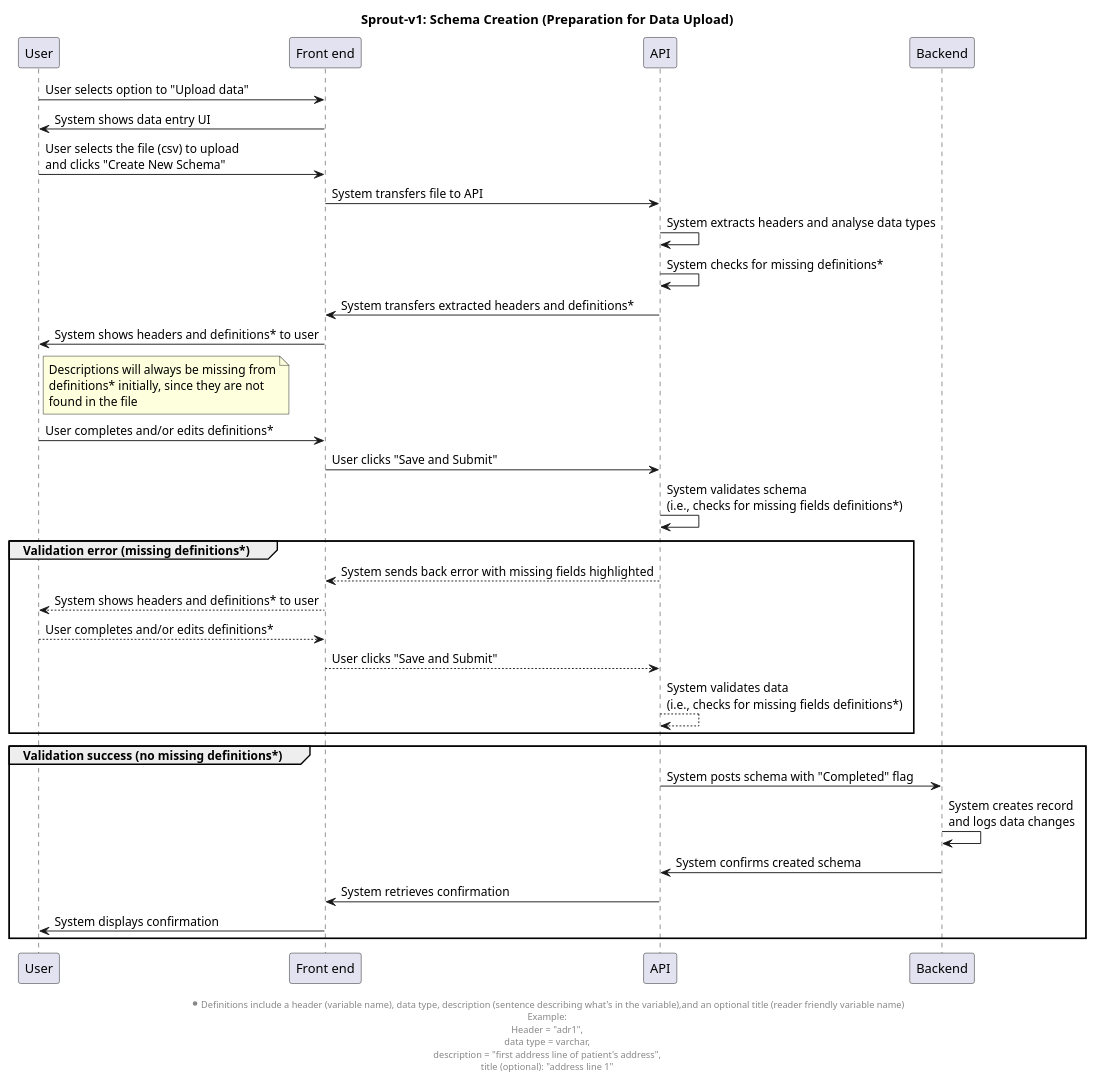
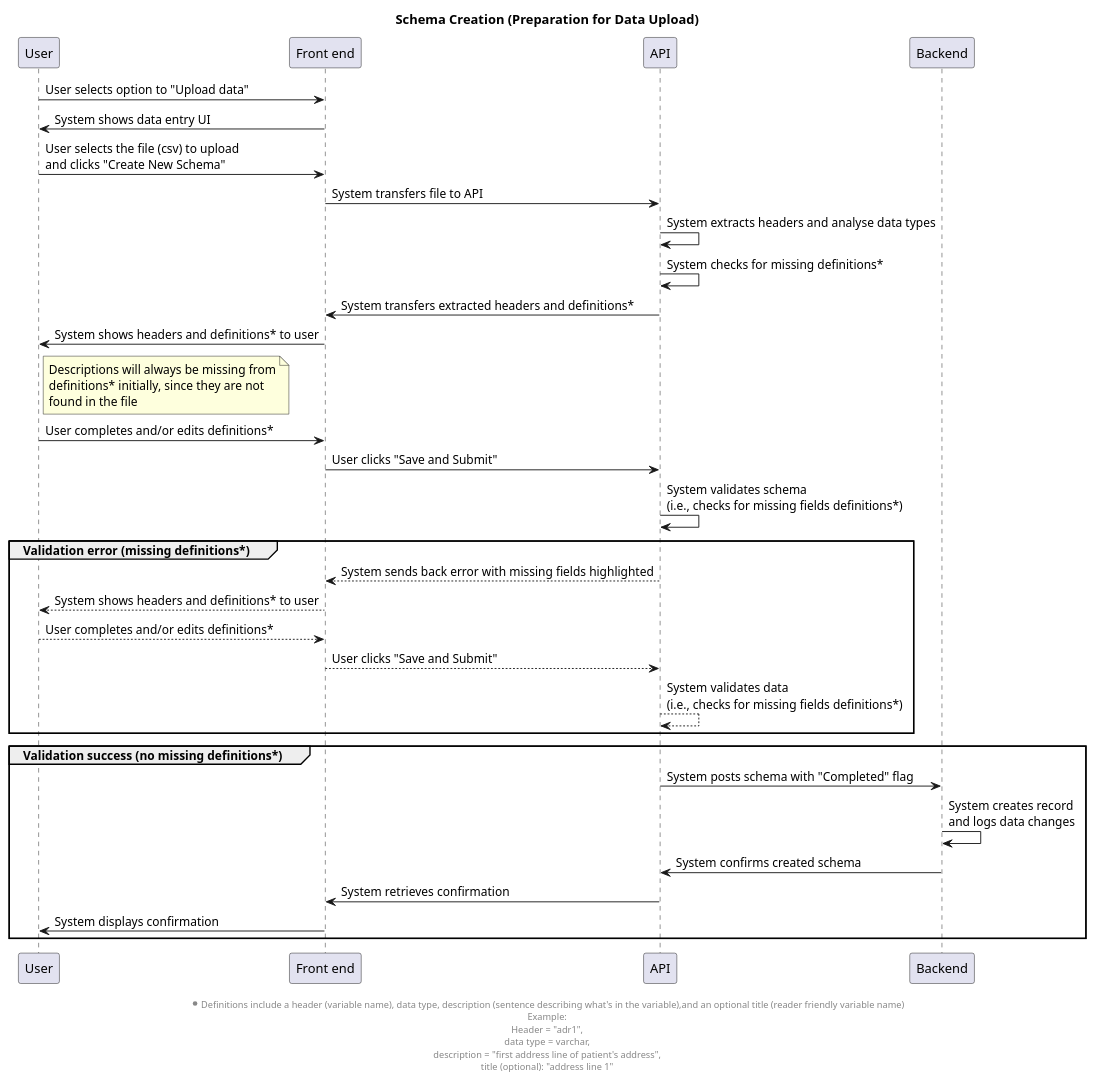
One commit to signekb/seedcase-sprout changed the diagram in docs/design/images/schema-creation-sequence.puml. Above: the diagram before and after it, drawn with PlantUML. The commit also changed 2 other files, not shown here.

```diff
--- a/docs/design/images/schema-creation-sequence.puml
+++ b/docs/design/images/schema-creation-sequence.puml
@@ -1,45 +1,45 @@
-@startuml sprout-v1-schema-creation-sequence
+@startuml schema-creation-sequence
 
-title Sprout-v1: Schema Creation (Preparation for Data Upload)
+title Schema Creation (Preparation for Data Upload)
 ' User prepares to upload data by creating data schema
 
 participant "User" as u
 participant "Front end" as f
 participant "API" as api
 participant "Backend" as b
 
 u -> f: User selects option to "Upload data"
 f -> u: System shows data entry UI
 u -> f: User selects the file (csv) to upload\nand clicks "Create New Schema"
 ' What "schema" means might not be understandable for all users. Description needed?
 f -> api: System transfers file to API
 api -> api: System extracts headers and analyse data types
 api -> api: System checks for missing definitions*
 api -> f: System transfers extracted headers and definitions*
 ' HOTSPOT: Data ingress file life cycle?
 f -> u: System shows headers and definitions* to user
 note right of u
     Descriptions will always be missing from
     definitions* initially, since they are not
     found in the file
 end note
 u -> f: User completes and/or edits definitions*
 f -> api: User clicks "Save and Submit"
 api -> api: System validates schema\n(i.e., checks for missing fields definitions*)
 group Validation error (missing definitions*)
     api --> f: System sends back error with missing fields highlighted
     f --> u: System shows headers and definitions* to user
     u --> f: User completes and/or edits definitions*
     f --> api: User clicks "Save and Submit"
     api --> api: System validates data\n(i.e., checks for missing fields definitions*)
 end
 group Validation success (no missing definitions*)
     api -> b: System posts schema with "Completed" flag
     b -> b : System creates record\nand logs data changes
     b -> api: System confirms created schema
     api -> f: System retrieves confirmation
     f -> u: System displays confirmation
 end
 footer \n*Definitions include a header (variable name), data type, description (sentence describing what's in the variable),and an optional title (reader friendly variable name)\nExample:\nHeader = "adr1",\ndata type = varchar,\ndescription = "first address line of patient's address",\ntitle (optional): "address line 1"
 
 @enduml
```
